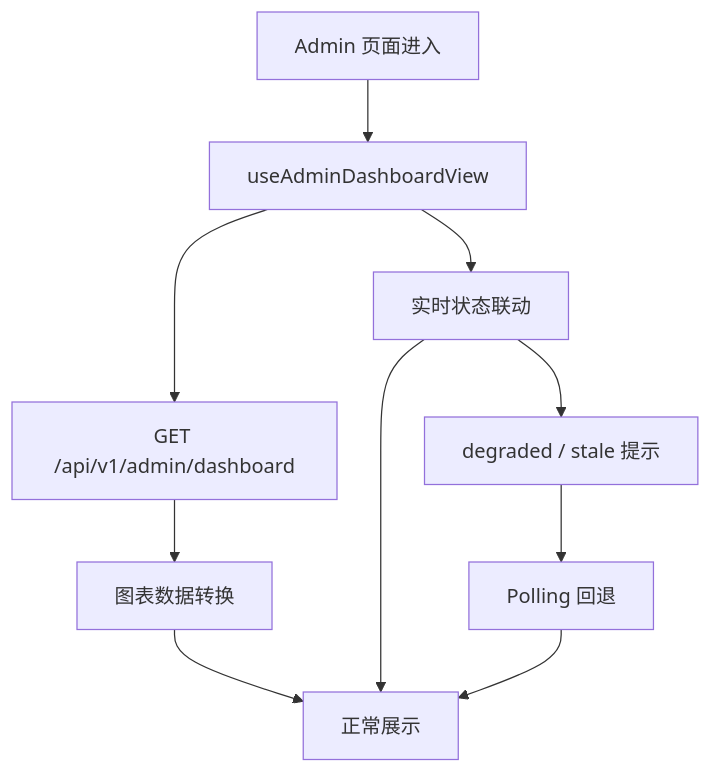
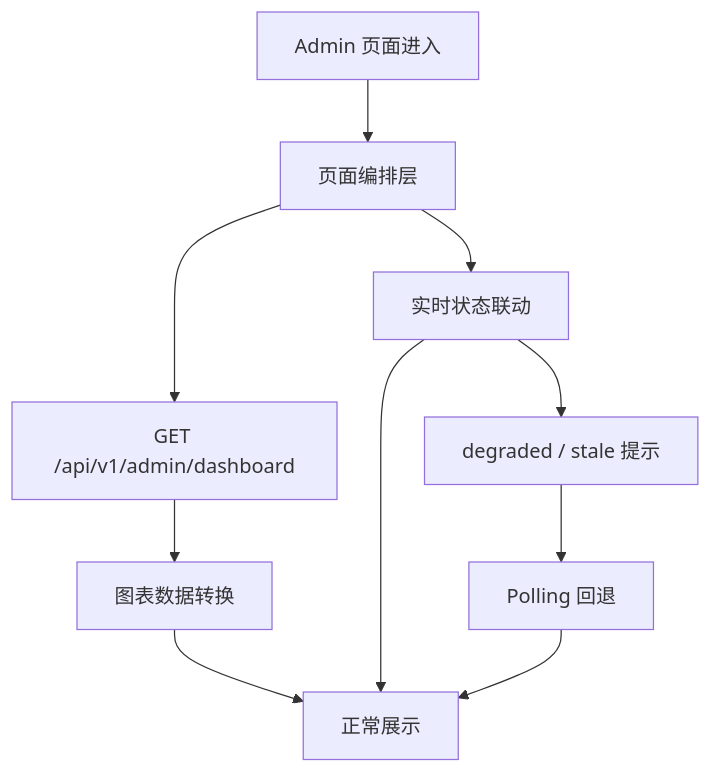
One commit to 2696437448-cmyk/smart-parking-system changed the fifth of 7 diagrams in docs/thesis-docs/thesis-draft.md. Above: the diagram before and after it, drawn with Mermaid. The commit also changed other lines of this file and 12 other files, not shown here.

````diff
--- a/docs/thesis-docs/thesis-draft.md
+++ b/docs/thesis-docs/thesis-draft.md
@@ -389,21 +433,21 @@
 ```mermaid
 flowchart TD
     A[Admin 页面进入]
-    B[useAdminDashboardView]
+    B[页面编排层]
     C[GET /api/v1/admin/dashboard]
     D[实时状态联动]
     E[图表数据转换]
     F[正常展示]
     G[degraded / stale 提示]
     H[Polling 回退]
 
     A --> B
     B --> C
     B --> D
     C --> E
     E --> F
     D --> F
     D --> G
     G --> H
     H --> F
 ```
````
